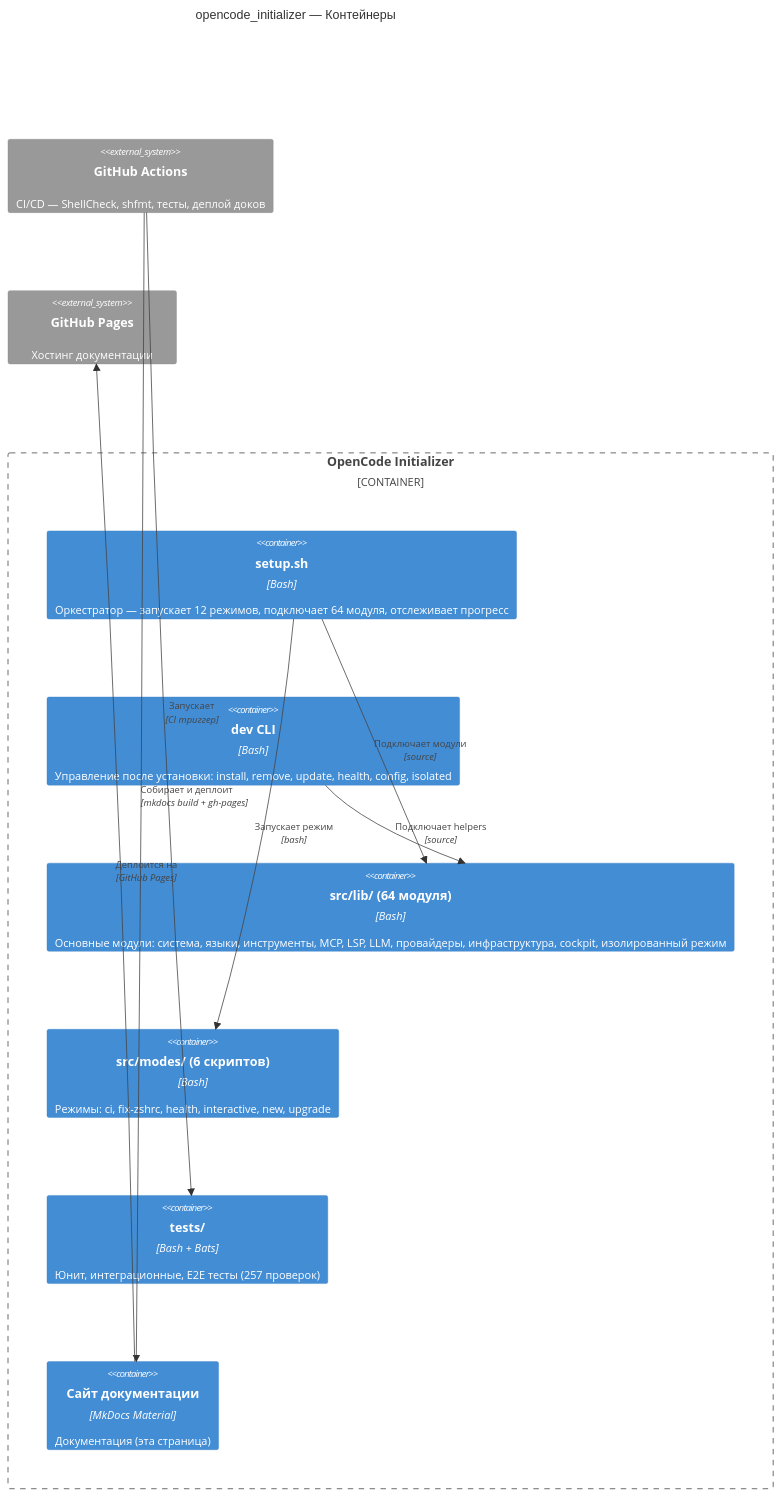
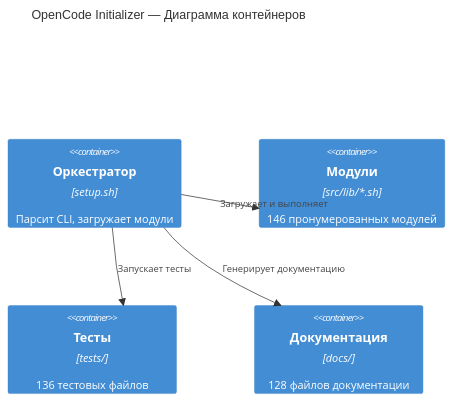
One commit to AlexanderNarbaev/opencode_initializer changed the second of 2 diagrams in docs/architecture/index.ru.md. Above: the diagram before and after it, drawn with Mermaid. The commit also changed other lines of this file and 38 other files, not shown here.

First line of the commit message:
fix: complete documentation build and missing modules

````diff
--- a/docs/architecture/index.ru.md
+++ b/docs/architecture/index.ru.md
@@ -32,23 +26,13 @@
 ```mermaid
 C4Container
-    title opencode_initializer — Контейнеры
-
-    Container_Boundary(oci, "OpenCode Initializer") {
-        Container(setup, "setup.sh", "Bash", "Оркестратор — запускает 12 режимов, подключает 64 модуля, отслеживает прогресс")
-        Container(dev_cli, "dev CLI", "Bash", "Управление после установки: install, remove, update, health, config, isolated")
-        Container(lib, "src/lib/ (64 модуля)", "Bash", "Основные модули: система, языки, инструменты, MCP, LSP, LLM, провайдеры, инфраструктура, cockpit, изолированный режим")
-        Container(modes, "src/modes/ (6 скриптов)", "Bash", "Режимы: ci, fix-zshrc, health, interactive, new, upgrade")
-        Container(tests, "tests/", "Bash + Bats", "Юнит, интеграционные, E2E тесты (257 проверок)")
-        Container(docs_site, "Сайт документации", "MkDocs Material", "Документация (эта страница)")
-    }
-
-    System_Ext(gh_actions, "GitHub Actions", "CI/CD — ShellCheck, shfmt, тесты, деплой доков")
-    System_Ext(github_pages, "GitHub Pages", "Хостинг документации")
-
-    Rel(setup, lib, "Подключает модули", "source")
-    Rel(setup, modes, "Запускает режим", "bash")
-    Rel(dev_cli, lib, "Подключает helpers", "source")
-    Rel(gh_actions, tests, "Запускает", "CI триггер")
-    Rel(gh_actions, docs_site, "Собирает и деплоит", "mkdocs build + gh-pages")
-    Rel(docs_site, github_pages, "Деплоится на", "GitHub Pages")
+    title OpenCode Initializer — Диаграмма контейнеров
+    
+    Container(orch, "Оркестратор", "setup.sh", "Парсит CLI, загружает модули")
+    Container(modules, "Модули", "src/lib/*.sh", "146 пронумерованных модулей")
+    Container(tests, "Тесты", "tests/", "136 тестовых файлов")
+    Container(docs, "Документация", "docs/", "128 файлов документации")
+    
+    Rel(orch, modules, "Загружает и выполняет")
+    Rel(orch, tests, "Запускает тесты")
+    Rel(orch, docs, "Генерирует документацию")
 ```
````
